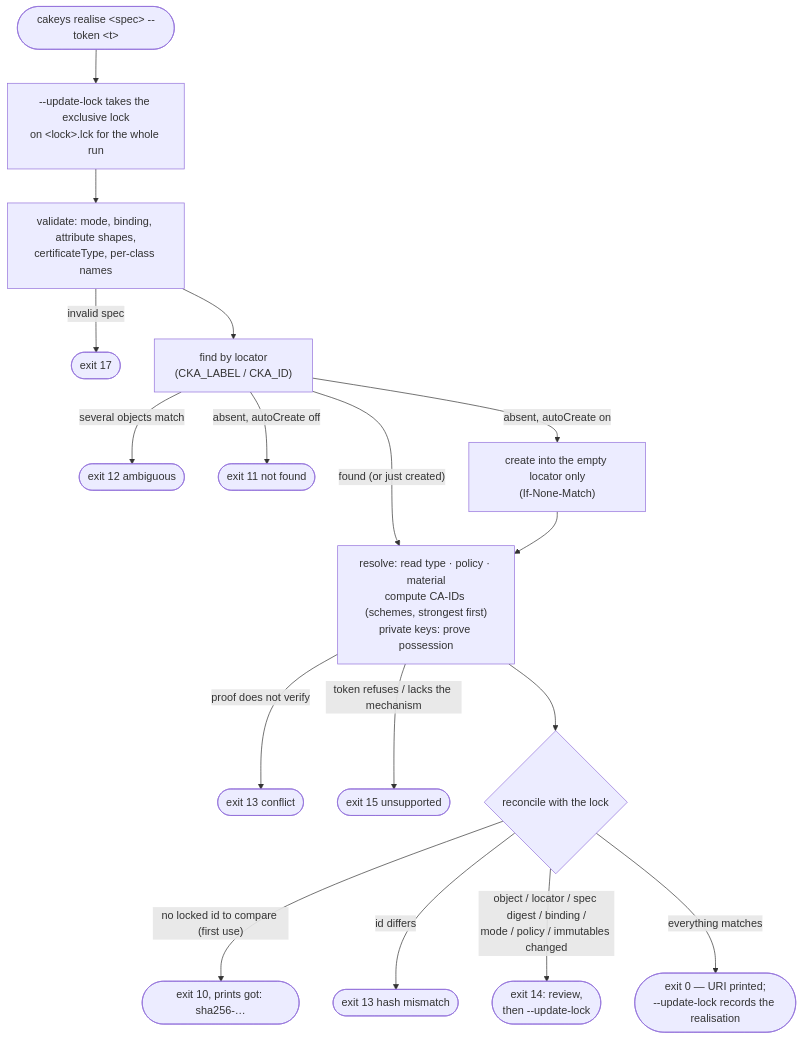
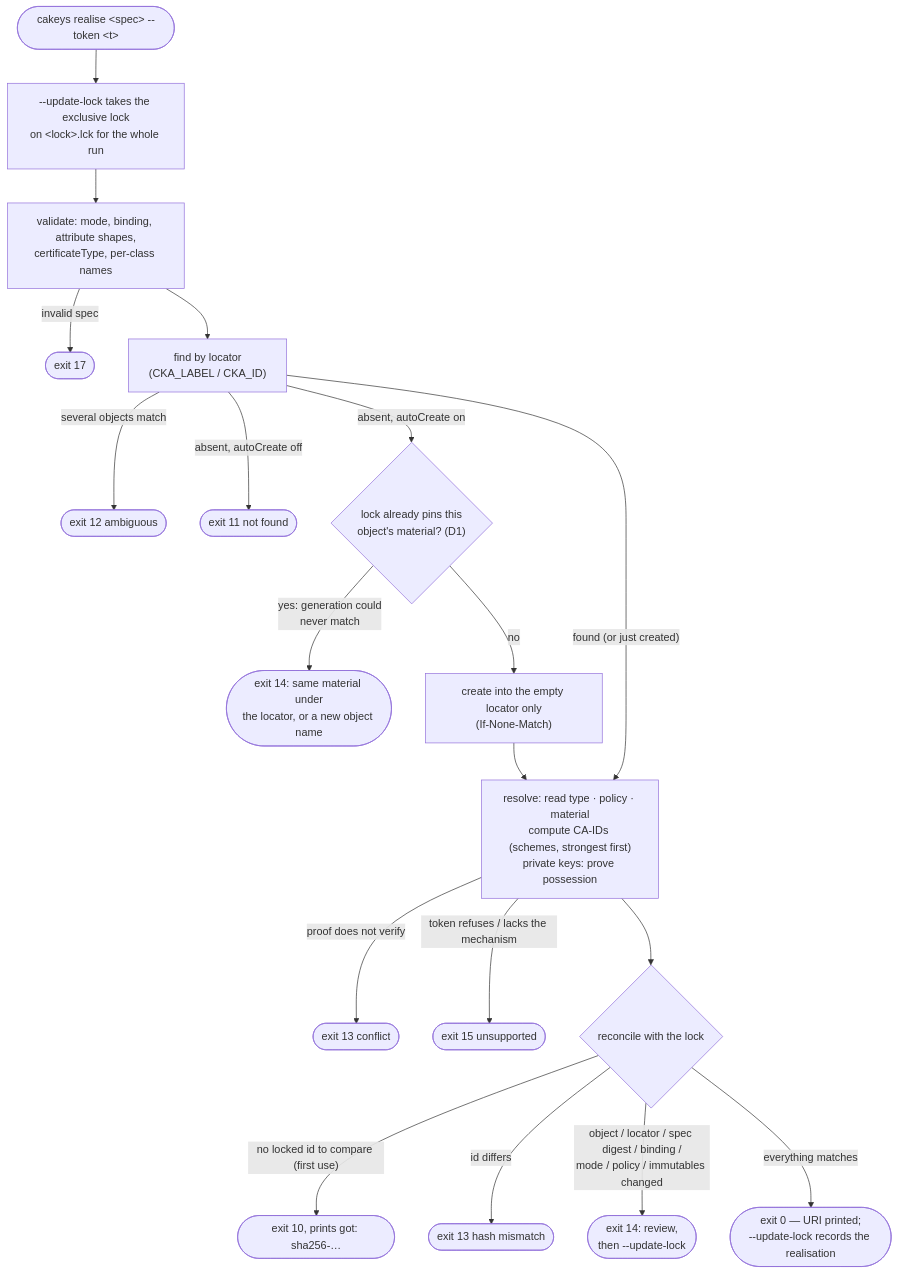
The second of 5 diagrams in docs/diagrams.md (Princemachiavelli/cakeys), drawn with Mermaid before and after one commit. The commit also changed 6 other files, not shown here.

First line of the commit message:
Refuse autoCreate when the lock already pins the object's material (D1)

````diff
--- a/docs/diagrams.md
+++ b/docs/diagrams.md
@@ -45,20 +45,22 @@
 ```mermaid
 flowchart TD
     START(["cakeys realise &lt;spec&gt; --token &lt;t&gt;"]) --> GUARD
     GUARD["--update-lock takes the exclusive lock<br/>on &lt;lock&gt;.lck for the whole run"]
     GUARD --> VAL["validate: mode, binding, attribute shapes,<br/>certificateType, per-class names"]
     VAL -- "invalid spec" --> X17(["exit 17"])
     VAL --> FIND["find by locator<br/>(CKA_LABEL / CKA_ID)"]
     FIND -- "several objects match" --> X12(["exit 12 ambiguous"])
     FIND -- "absent, autoCreate off" --> X11(["exit 11 not found"])
-    FIND -- "absent, autoCreate on" --> CREATE["create into the empty locator only<br/>(If-None-Match)"]
+    FIND -- "absent, autoCreate on" --> PIN{"lock already pins this<br/>object's material? (D1)"}
+    PIN -- "yes: generation could<br/>never match" --> X14b(["exit 14: same material under<br/>the locator, or a new object name"])
+    PIN -- no --> CREATE["create into the empty locator only<br/>(If-None-Match)"]
     FIND -- "found (or just created)" --> RESOLVE
     CREATE --> RESOLVE["resolve: read type · policy · material<br/>compute CA-IDs (schemes, strongest first)<br/>private keys: prove possession"]
     RESOLVE -- "proof does not verify" --> X13a(["exit 13 conflict"])
     RESOLVE -- "token refuses / lacks the mechanism" --> X15(["exit 15 unsupported"])
     RESOLVE --> RECONCILE{"reconcile with the lock"}
     RECONCILE -- "no locked id to compare (first use)" --> X10(["exit 10, prints got: sha256-…"])
     RECONCILE -- "id differs" --> X13b(["exit 13 hash mismatch"])
     RECONCILE -- "object / locator / spec digest / binding /<br/>mode / policy / immutables changed" --> X14(["exit 14: review,<br/>then --update-lock"])
     RECONCILE -- "everything matches" --> OK(["exit 0 — URI printed;<br/>--update-lock records the realisation"])
 ```
````
